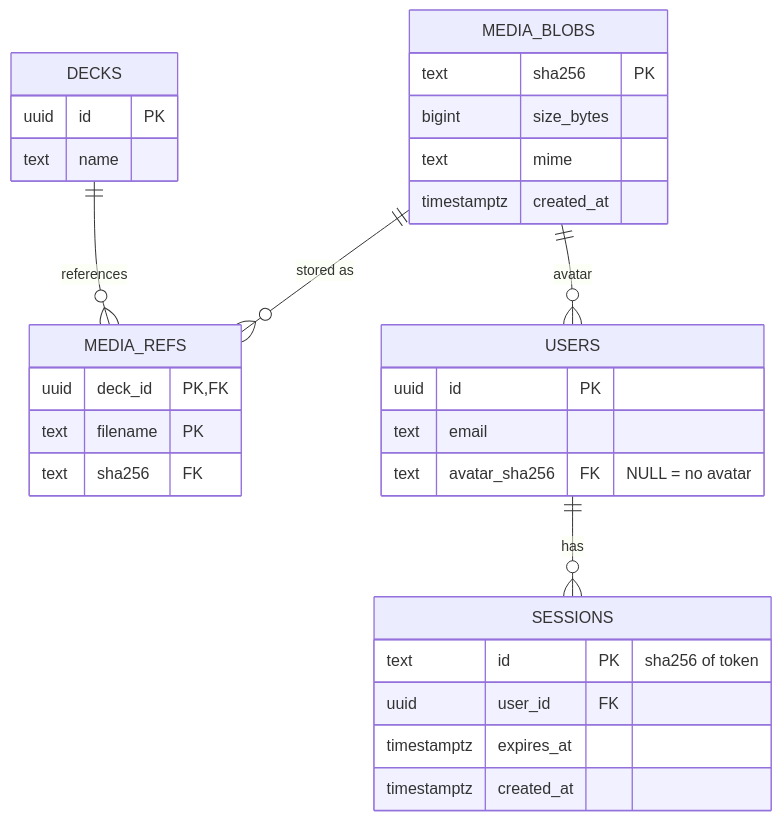
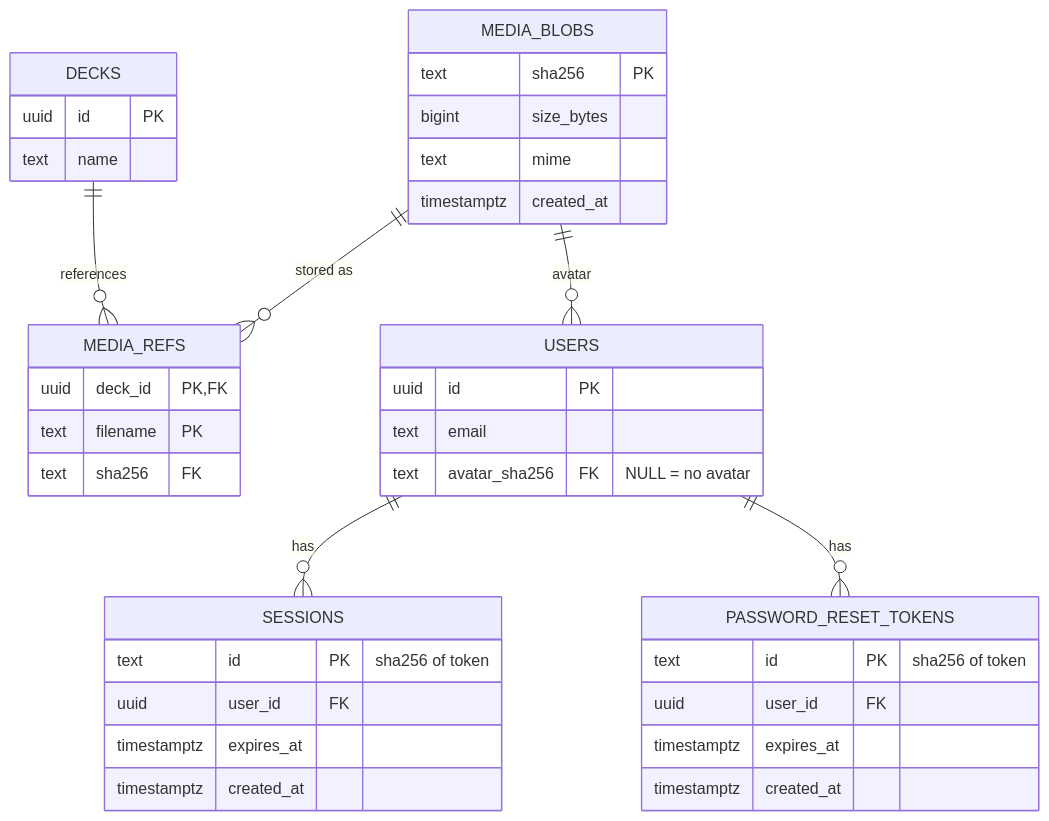
The fifth of 5 diagrams in docs/schema-diagram.md (Jolls/deckshare), drawn with Mermaid before and after one commit. The commit also changed other lines of this file and 51 other files, not shown here.

First line of the commit message:
Add operator password reset, input limits, CI security scanning, loopback Postgres

````diff
--- a/docs/schema-diagram.md
+++ b/docs/schema-diagram.md
@@ -429,38 +437,46 @@
 ```mermaid
 erDiagram
     DECKS ||--o{ MEDIA_REFS : "references"
     MEDIA_BLOBS ||--o{ MEDIA_REFS : "stored as"
     MEDIA_BLOBS ||--o{ USERS : "avatar"
     USERS ||--o{ SESSIONS : "has"
+    USERS ||--o{ PASSWORD_RESET_TOKENS : "has"
 
     DECKS {
         uuid id PK
         text name
     }
 
     MEDIA_BLOBS {
         text sha256 PK
         bigint size_bytes
         text mime
         timestamptz created_at
     }
 
     MEDIA_REFS {
         uuid deck_id PK,FK
         text filename PK
         text sha256 FK
     }
 
     USERS {
         uuid id PK
         text email
         text avatar_sha256 FK "NULL = no avatar"
     }
 
     SESSIONS {
         text id PK "sha256 of token"
         uuid user_id FK
         timestamptz expires_at
         timestamptz created_at
     }
+
+    PASSWORD_RESET_TOKENS {
+        text id PK "sha256 of token"
+        uuid user_id FK
+        timestamptz expires_at
+        timestamptz created_at
+    }
 ```
````
